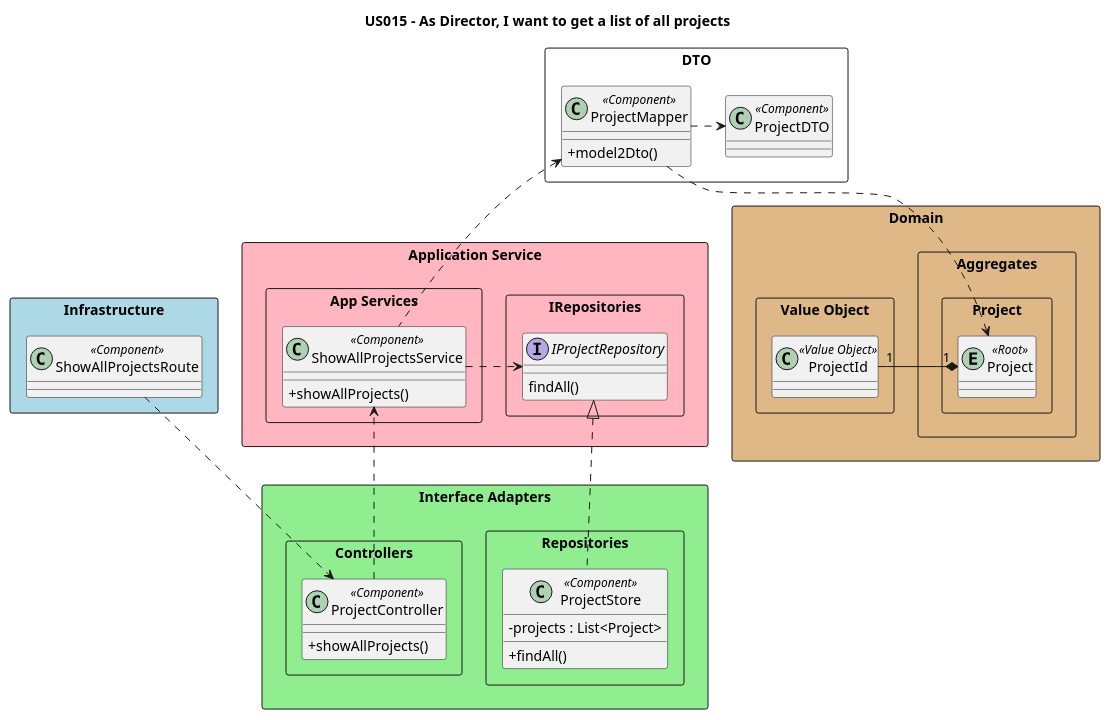
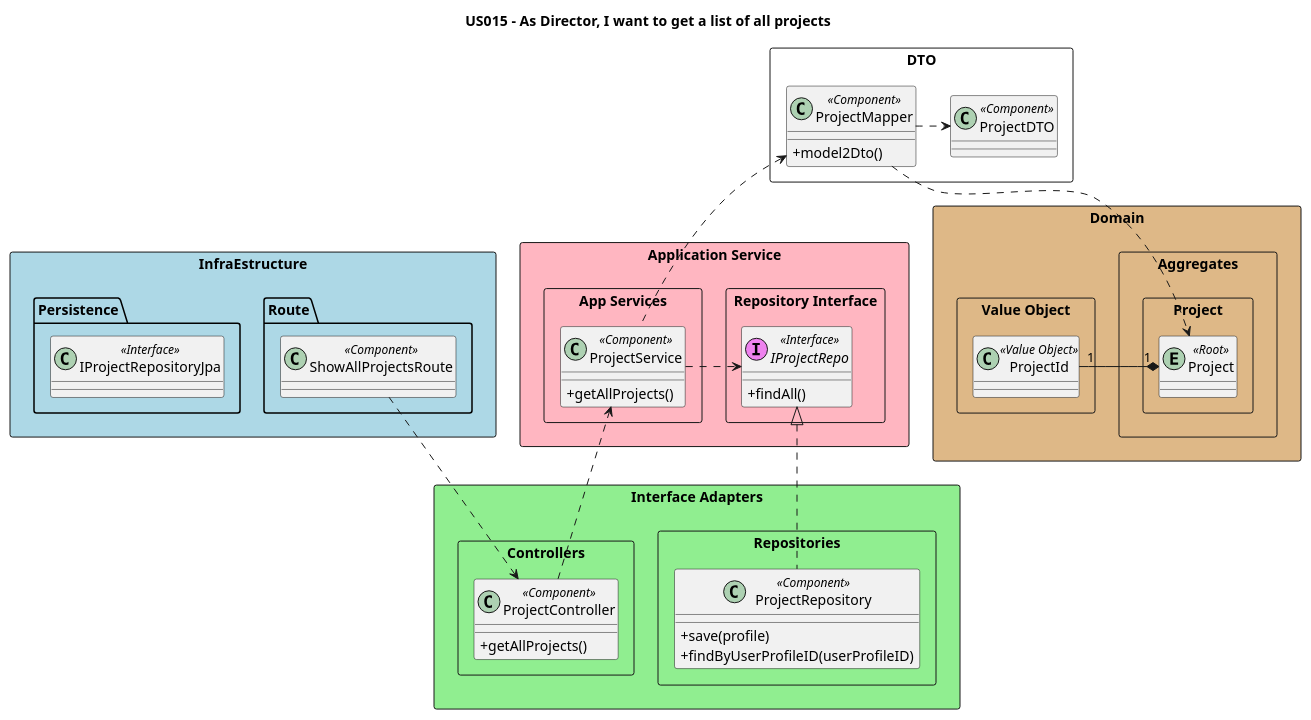
One commit to nunogon1211787/projectManagement changed the diagram in docs/Sprint2/US015/US015-CD.puml. Above: the diagram before and after it, drawn with PlantUML. The commit also changed 8 other files, not shown here.

```diff
--- a/docs/Sprint2/US015/US015-CD.puml
+++ b/docs/Sprint2/US015/US015-CD.puml
@@ -1,69 +1,76 @@
 @startuml
 'https://plantuml.com/class-diagram
 
 title US015 - As Director, I want to get a list of all projects
 
 skinparam classAttributeIconSize 0
 
 
 
-package "Infrastructure" <<Rectangle>> #lightblue  {
-class "ShowAllProjectsRoute" as route << Component >>
+package "InfraEstructure" <<Rectangle>> #lightblue {
+package "Route"{
+    class "ShowAllProjectsRoute" as route <<Component>>
+    }
+
+    package "Persistence" {
+    class "IProjectRepositoryJpa" as jpa <<Interface>>
+    }
 }
 
 package "Interface Adapters" <<Rectangle>> #lightgreen {
 package "Controllers" <<rectangle>>{
 class "ProjectController" as ctrl << Component >> {
-+showAllProjects()
++getAllProjects()
 }
 }
 package "Repositories" <<rectangle>>{
-class "ProjectStore" as store << Component >> {
--projects : List<Project>
-+findAll()
+class "ProjectRepository" as store << Component >> {
++save(profile)
++findByUserProfileID(userProfileID)
 }
 }
 }
 
 package "Application Service" <<Rectangle>> #lightpink{
 package "App Services" <<rectangle>>{
-class "ShowAllProjectsService" as srv << Component >> {
-+showAllProjects()
+class "ProjectService" as srv << Component >> {
++getAllProjects()
 }
 }
-package "IRepositories" <<rectangle>>{
-interface "IProjectRepository" as repo{
-findAll()
+package "Repository Interface" <<rectangle>>{
+interface "IProjectRepo" as repo <<(I, Violet) Interface>>{
++findAll()
 }
 }
 }
+
 
 package "Domain" <<Rectangle>> #burlywood{
 package "Aggregates" <<rectangle>>{
 package "Project" <<Rectangle>>{
 entity "Project" as proj << Root >>
 }
 }
 package "Value Object" <<rectangle>>{
 class "ProjectId" as pId << Value Object >>
 }
 }
 
 package "DTO" <<rectangle>>{
 class "ProjectMapper" as map <<Component>> {
 + model2Dto()
 }
 class "ProjectDTO" as dto <<Component>>
 }
 
 
 route .d.> ctrl
 ctrl .d..> srv
 srv .r.> repo
 repo <|.. store
 proj "1"*-l-"1" pId
 srv .u.> map
 map .r.> dto
 map ..> proj
 
 @enduml
```
